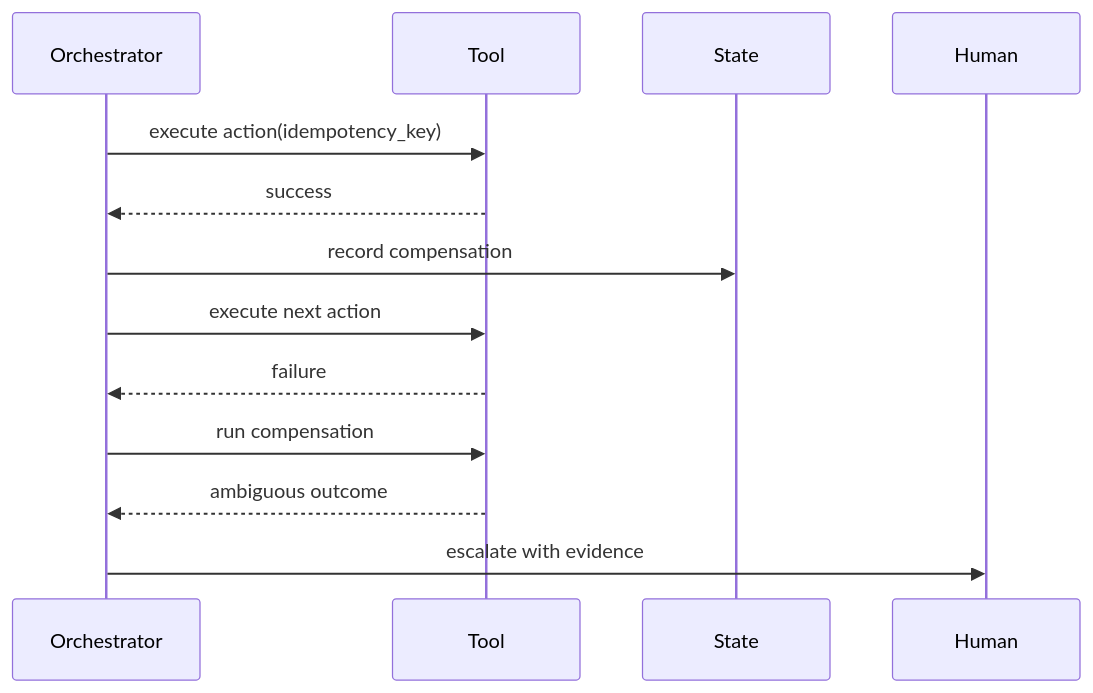
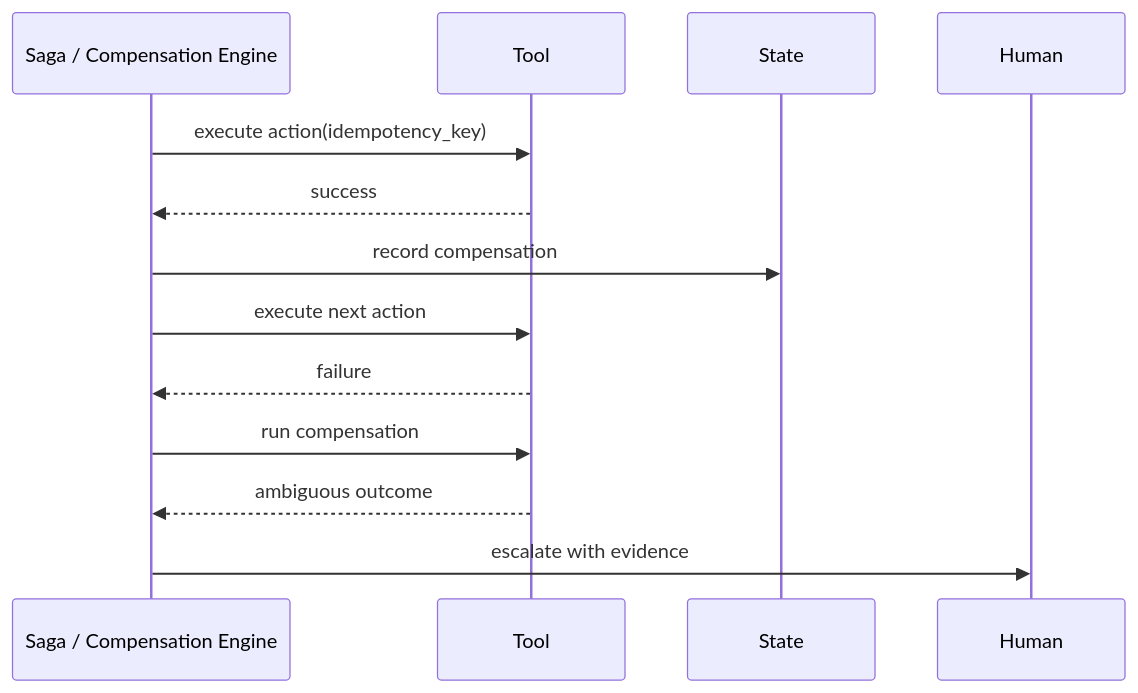
One commit to dsgouda7/ai-portfolio changed the third of 4 diagrams in learning/agentic-ai-system-design/10-recoverability-rollbacks-and-saga.md. Above: the diagram before and after it, drawn with Mermaid. The commit also changed other lines of this file and 12 other files, not shown here.

````diff
--- a/learning/agentic-ai-system-design/10-recoverability-rollbacks-and-saga.md
+++ b/learning/agentic-ai-system-design/10-recoverability-rollbacks-and-saga.md
@@ -177,16 +177,16 @@
 ```mermaid
 sequenceDiagram
-    participant O as Orchestrator
+    participant Saga as Saga / Compensation Engine
     participant T as Tool
     participant S as State
     participant H as Human
 
-    O->>T: execute action(idempotency_key)
-    T-->>O: success
-    O->>S: record compensation
-    O->>T: execute next action
-    T-->>O: failure
-    O->>T: run compensation
-    T-->>O: ambiguous outcome
-    O->>H: escalate with evidence
+    Saga->>T: execute action(idempotency_key)
+    T-->>Saga: success
+    Saga->>S: record compensation
+    Saga->>T: execute next action
+    T-->>Saga: failure
+    Saga->>T: run compensation
+    T-->>Saga: ambiguous outcome
+    Saga->>H: escalate with evidence
 ```
````
